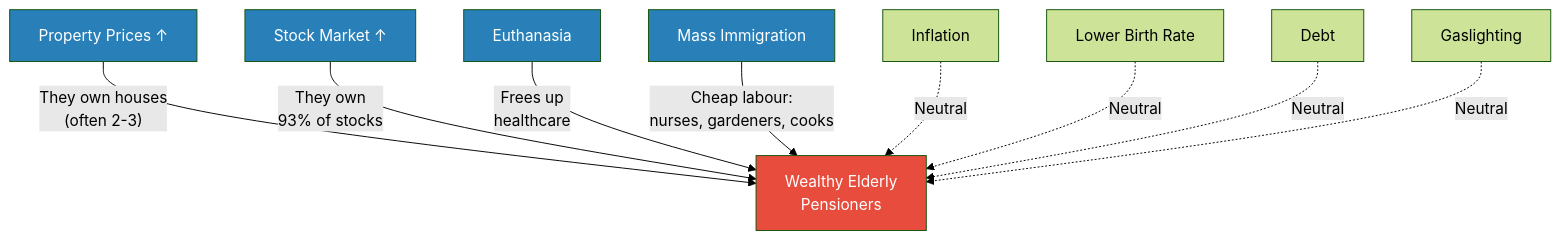
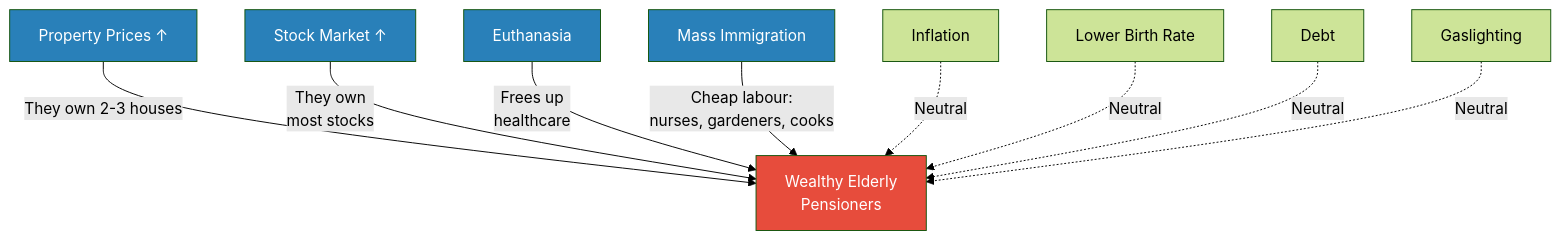
The eighth of 12 diagrams in summaries/Lectures/Secret History/03 - Death by Gerontocracy.md (alius33/reader), drawn with Mermaid (forest theme) before and after one commit. The commit also changed other lines of this file and 26 other files, not shown here.

````diff
--- a/summaries/Lectures/Secret History/03 - Death by Gerontocracy.md
+++ b/summaries/Lectures/Secret History/03 - Death by Gerontocracy.md
@@ -322,17 +422,17 @@
 ```mermaid
 flowchart TB
     P["Wealthy Elderly<br/>Pensioners"]
-    S1["Property Prices ↑"] -->|"They own houses<br/>(often 2-3)"| P
-    S2["Stock Market ↑"] -->|"They own<br/>93% of stocks"| P
+    S1["Property Prices ↑"] -->|"They own 2-3 houses"| P
+    S2["Stock Market ↑"] -->|"They own<br/>most stocks"| P
     S3["Euthanasia"] -->|"Frees up<br/>healthcare"| P
     S4["Mass Immigration"] -->|"Cheap labour:<br/>nurses, gardeners, cooks"| P
     S5["Inflation"] -.->|"Neutral"| P
     S6["Lower Birth Rate"] -.->|"Neutral"| P
     S7["Debt"] -.->|"Neutral"| P
     S8["Gaslighting"] -.->|"Neutral"| P
     style P fill:#e74c3c,color:#fff
     style S1 fill:#2980b9,color:#fff
     style S2 fill:#2980b9,color:#fff
     style S3 fill:#2980b9,color:#fff
     style S4 fill:#2980b9,color:#fff
 ```
````
